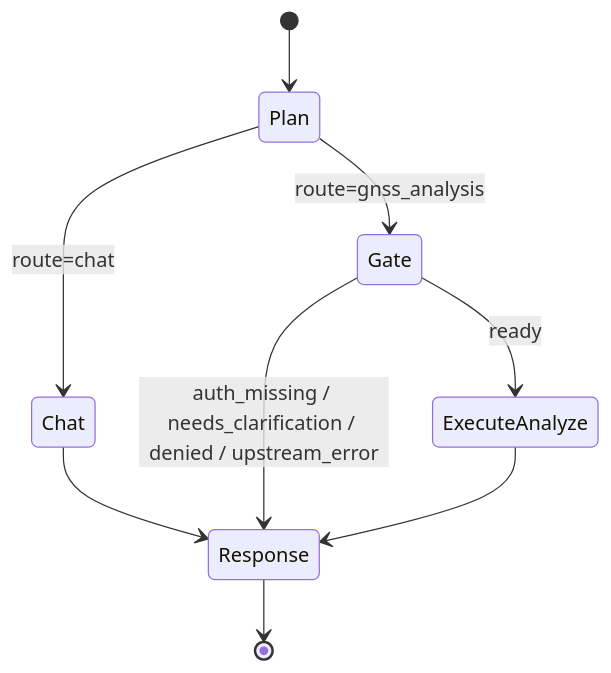
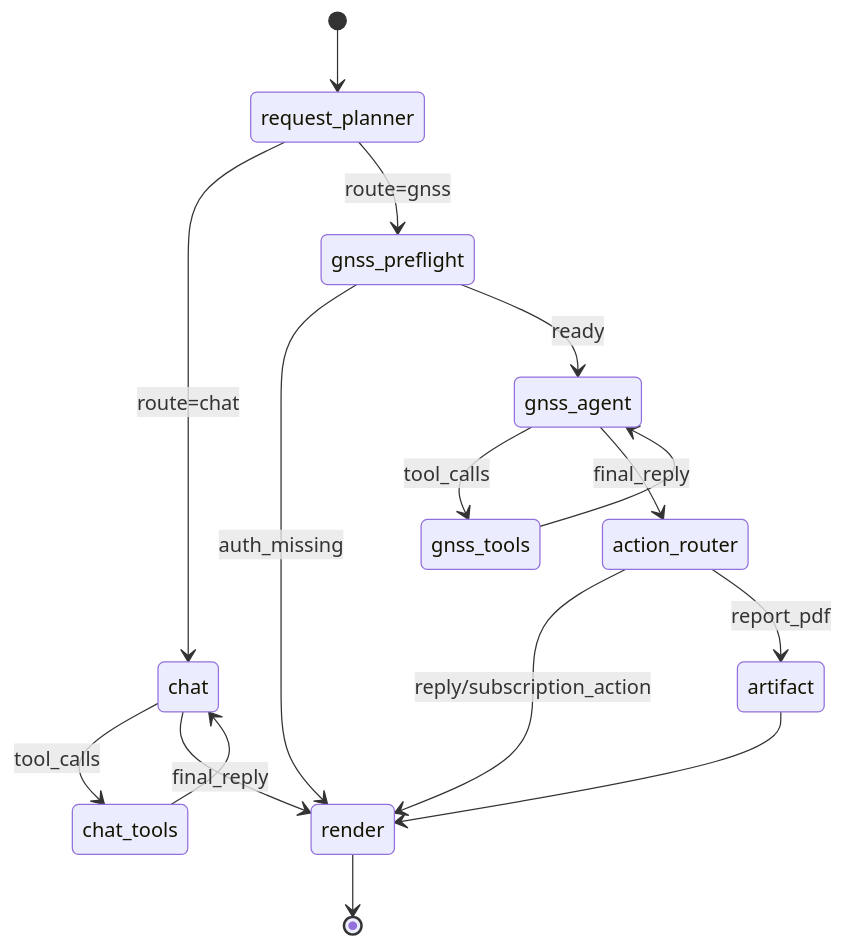
Before and after one commit to C-jcbest/landslide-monitoring-agent: the diagram in docs/designs/005-beidou-station-resolution.md, drawn with Mermaid. The commit also changed other lines of this file and 16 other files, not shown here.

````diff
--- a/docs/designs/005-beidou-station-resolution.md
+++ b/docs/designs/005-beidou-station-resolution.md
@@ -64,11 +69,18 @@
 ```mermaid
 stateDiagram-v2
-    [*] --> Plan
-    Plan --> Chat: route=chat
-    Plan --> Gate: route=gnss_analysis
-    Chat --> Response
-    Gate --> Response: auth_missing / needs_clarification / denied / upstream_error
-    Gate --> ExecuteAnalyze: ready
-    ExecuteAnalyze --> Response
-    Response --> [*]
+    [*] --> request_planner
+    request_planner --> chat: route=chat
+    request_planner --> gnss_preflight: route=gnss
+    chat --> chat_tools: tool_calls
+    chat_tools --> chat
+    chat --> render: final_reply
+    gnss_preflight --> render: auth_missing
+    gnss_preflight --> gnss_agent: ready
+    gnss_agent --> gnss_tools: tool_calls
+    gnss_tools --> gnss_agent
+    gnss_agent --> action_router: final_reply
+    action_router --> render: reply/subscription_action
+    action_router --> artifact: report_pdf
+    artifact --> render
+    render --> [*]
 ```
````
